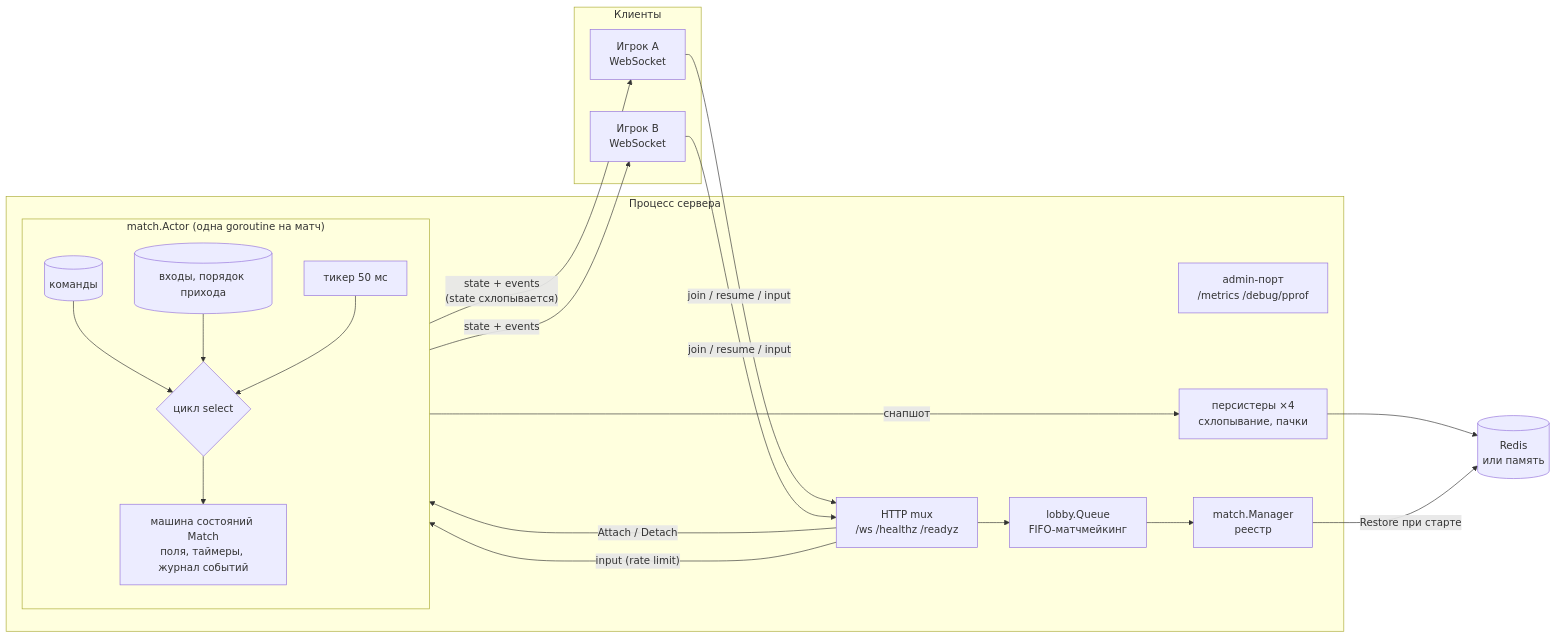
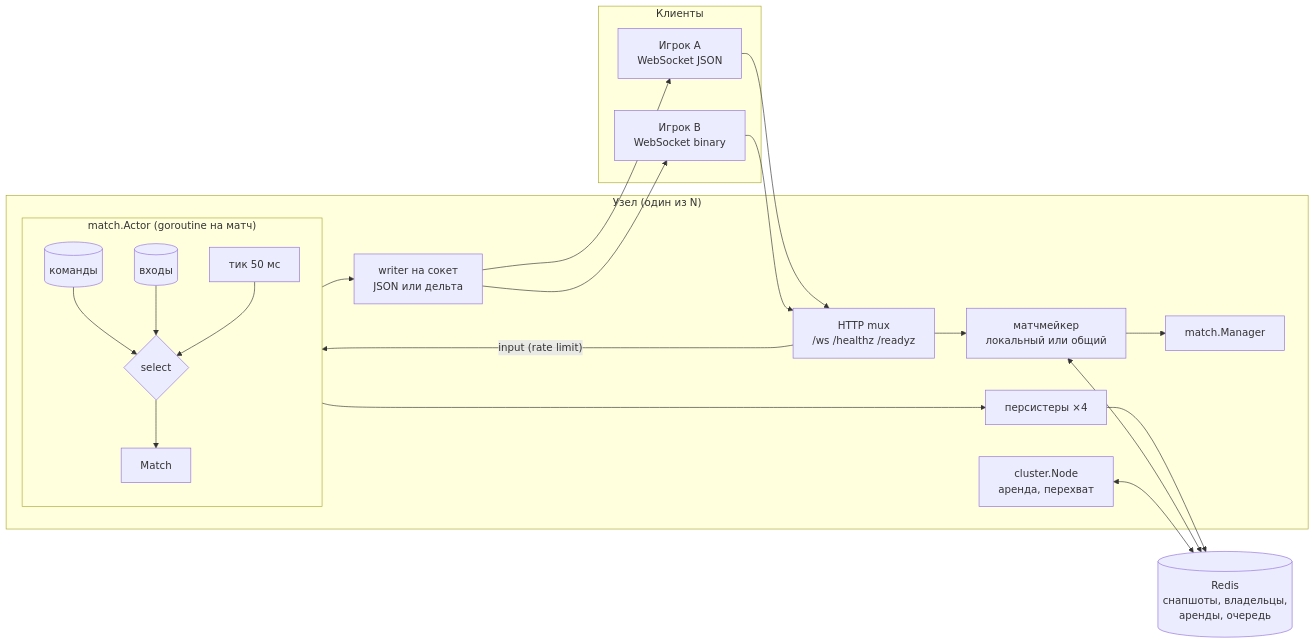
The first of 2 diagrams in README.md (Gegirhasut/sabostack-go-server), drawn with Mermaid before and after one commit. The commit also changed other lines of this file and 30 other files, not shown here.

First line of the commit message:
Docs and measurements for the binary protocol and cluster mode

````diff
--- a/README.md
+++ b/README.md
@@ -54,34 +63,33 @@
 ```mermaid
 flowchart LR
     subgraph Клиенты
-        A[Игрок A<br/>WebSocket]
-        B[Игрок B<br/>WebSocket]
+        A[Игрок A<br/>WebSocket JSON]
+        B[Игрок B<br/>WebSocket binary]
     end
 
-    subgraph Процесс сервера
+    subgraph Узел["Узел (один из N)"]
         H[HTTP mux<br/>/ws /healthz /readyz]
-        AD[admin-порт<br/>/metrics /debug/pprof]
-        Q[lobby.Queue<br/>FIFO-матчмейкинг]
-        M[match.Manager<br/>реестр]
-        subgraph Actor["match.Actor (одна goroutine на матч)"]
+        Q[матчмейкер<br/>локальный или общий]
+        M[match.Manager]
+        subgraph Actor["match.Actor (goroutine на матч)"]
             direction TB
-            C[(команды)] --> L{цикл select}
-            I[(входы, порядок прихода)] --> L
-            T[тикер 50 мс] --> L
-            L --> S[машина состояний Match<br/>поля, таймеры, журнал событий]
+            C[(команды)] --> L{select}
+            I[(входы)] --> L
+            T[тик 50 мс] --> L
+            L --> S[Match]
         end
-        P[персистеры ×4<br/>схлопывание, пачки]
+        W[writer на сокет<br/>JSON или дельта]
+        P[персистеры ×4]
+        N[cluster.Node<br/>аренда, перехват]
     end
 
-    R[(Redis<br/>или память)]
+    R[(Redis<br/>снапшоты, владельцы,<br/>аренды, очередь)]
 
-    A -- join / resume / input --> H
-    B -- join / resume / input --> H
+    A & B --> H
     H --> Q --> M
-    H -- Attach / Detach --> C
     H -- input (rate limit) --> I
-    S -- state + events<br/>(state схлопывается) --> A
-    S -- state + events --> B
-    S -- снапшот --> P --> R
-    M -- Restore при старте --> R
+    S --> W --> A & B
+    S --> P --> R
+    Q <--> R
+    N <--> R
 ```
````
